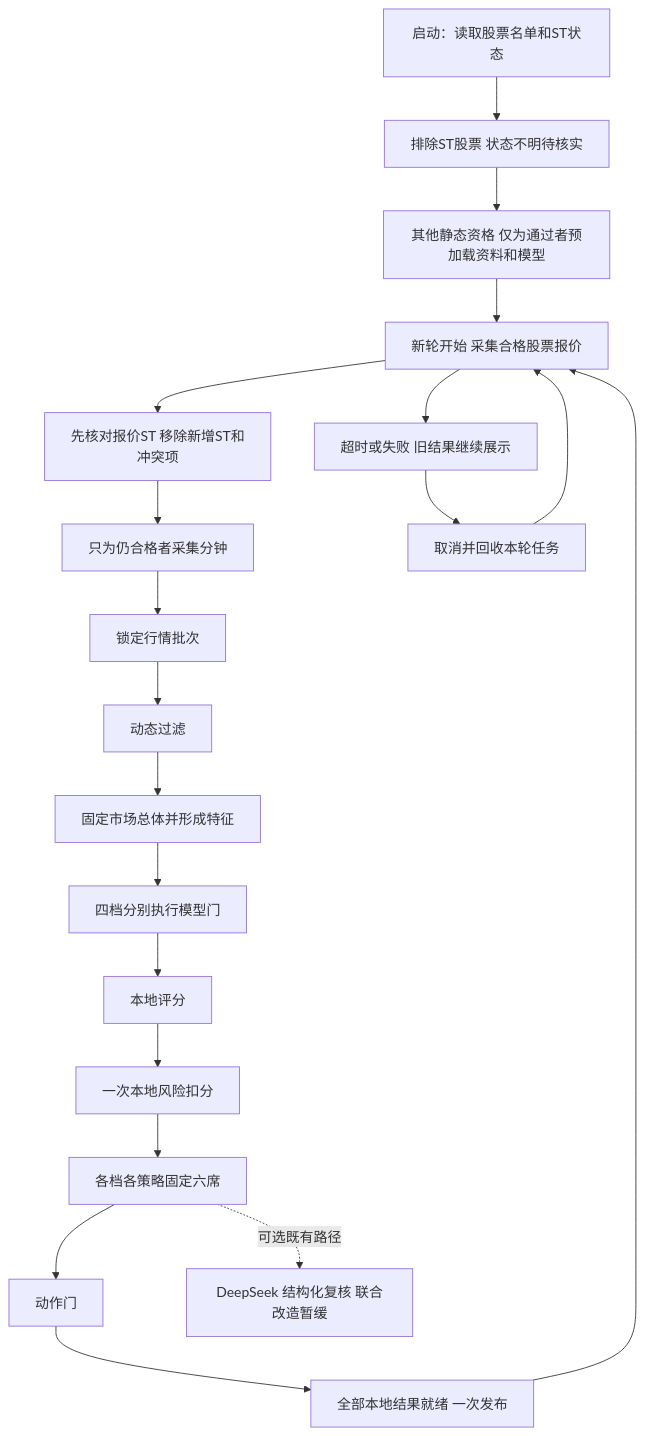
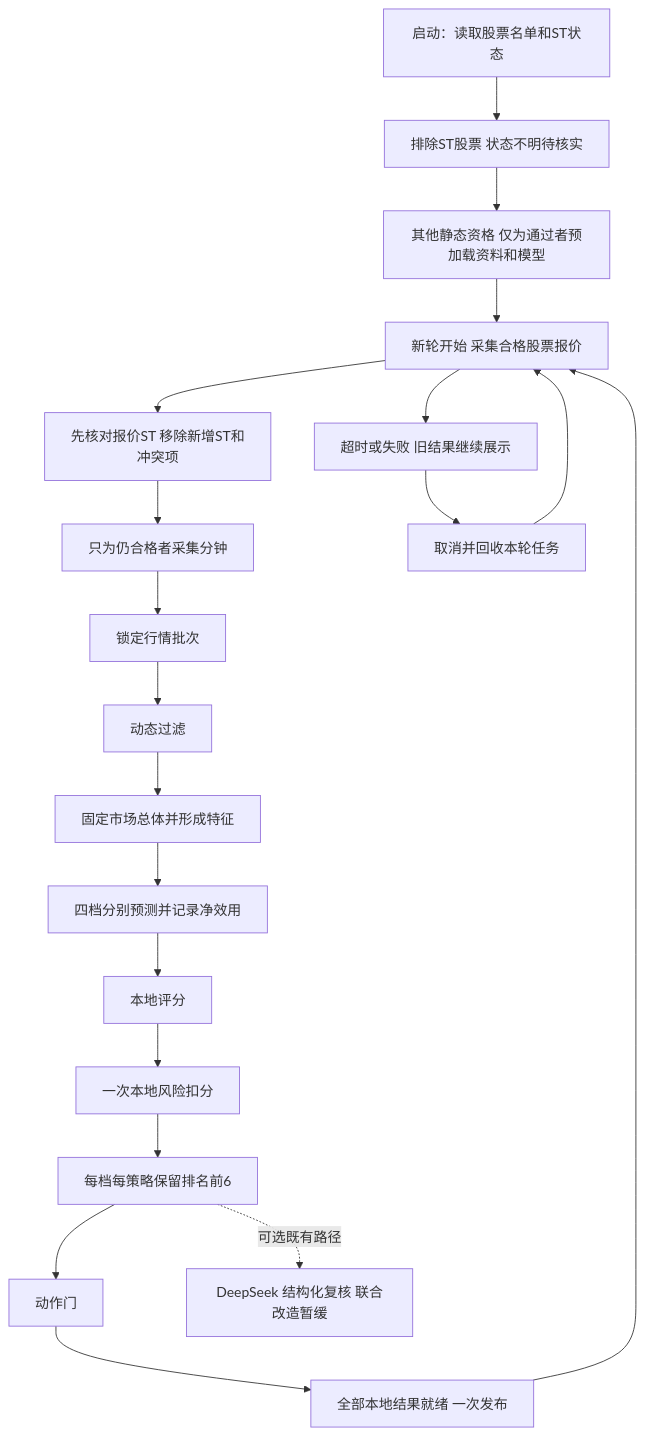
Before and after one commit to 373699756/trader: the first of 2 diagrams in docs/new/c_评分设计.md, drawn with Mermaid. The commit also changed other lines of this file and 5 other files, not shown here.

````diff
--- a/docs/new/c_评分设计.md
+++ b/docs/new/c_评分设计.md
@@ -15,22 +15,22 @@
 ```mermaid
 flowchart TD
     S[启动：读取股票名单和ST状态] --> ST[排除ST股票 状态不明待核实]
     ST --> A[其他静态资格 仅为通过者预加载资料和模型]
     A --> B[新轮开始 采集合格股票报价]
     B --> SC[先核对报价ST 移除新增ST和冲突项]
     SC --> MN[只为仍合格者采集分钟]
     MN --> C[锁定行情批次]
     C --> D[动态过滤]
     D --> E[固定市场总体并形成特征]
-    E --> F[四档分别执行模型门]
+    E --> F[四档分别预测并记录净效用]
     F --> G[本地评分]
     G --> H[一次本地风险扣分]
-    H --> I[各档各策略固定六席]
+    H --> I[每档每策略保留排名前6]
     I --> J[动作门]
     J --> K[全部本地结果就绪 一次发布]
     K --> B
     B --> X[超时或失败 旧结果继续展示]
     X --> Y[取消并回收本轮任务]
     Y --> B
     I -. 可选既有路径 .-> DS[DeepSeek 结构化复核 联合改造暂缓]
 ```
````
